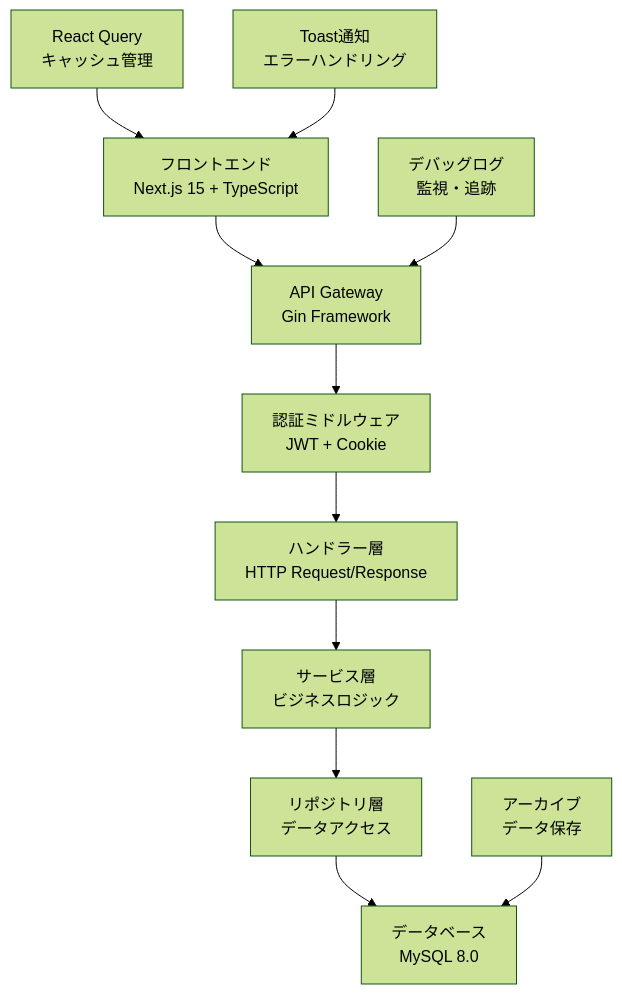
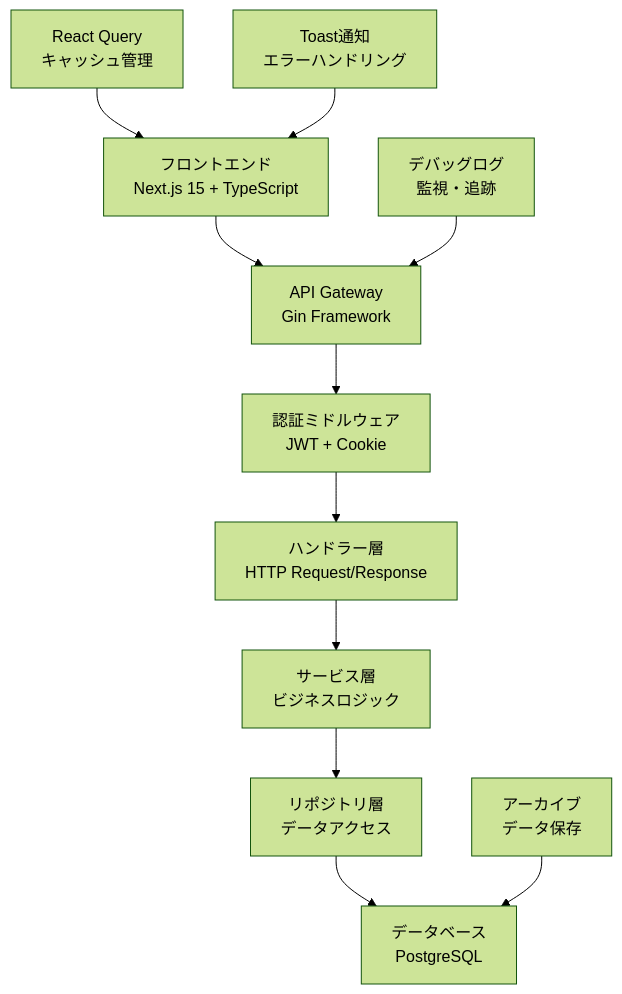
Before and after one commit to duesk-inc/monstera: the diagram in docs/05_design/weekly_report/detailed-design.md, drawn with Mermaid (forest theme). The commit also changed other lines of this file and 44 other files, not shown here.

````diff
--- a/docs/05_design/weekly_report/detailed-design.md
+++ b/docs/05_design/weekly_report/detailed-design.md
@@ -26,14 +26,14 @@
 ```mermaid
 graph TD
     A[フロントエンド<br/>Next.js 15 + TypeScript] --> B[API Gateway<br/>Gin Framework]
     B --> C[認証ミドルウェア<br/>JWT + Cookie]
     C --> D[ハンドラー層<br/>HTTP Request/Response]
     D --> E[サービス層<br/>ビジネスロジック]
     E --> F[リポジトリ層<br/>データアクセス]
-    F --> G[データベース<br/>MySQL 8.0]
+    F --> G[データベース<br/>PostgreSQL]
     
     H[React Query<br/>キャッシュ管理] --> A
     I[Toast通知<br/>エラーハンドリング] --> A
     J[デバッグログ<br/>監視・追跡] --> B
     K[アーカイブ<br/>データ保存] --> G
 ```
````
